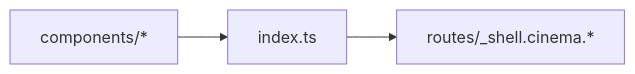
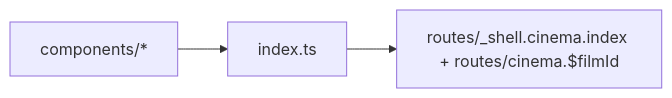
Before and after one commit to AzamatRaimbekov2/openCreate: the diagram in apps/web/src/modules/Cinema/index.ts.md, drawn with Mermaid. The commit also changed other lines of this file and 359 other files, not shown here.

````diff
--- a/apps/web/src/modules/Cinema/index.ts.md
+++ b/apps/web/src/modules/Cinema/index.ts.md
@@ -24,4 +24,4 @@
 ```mermaid
 flowchart LR
-  C[components/*] --> IDX[index.ts] --> R[routes/_shell.cinema.*]
+  C[components/*] --> IDX[index.ts] --> R[routes/_shell.cinema.index + routes/cinema.$filmId]
 ```
````
